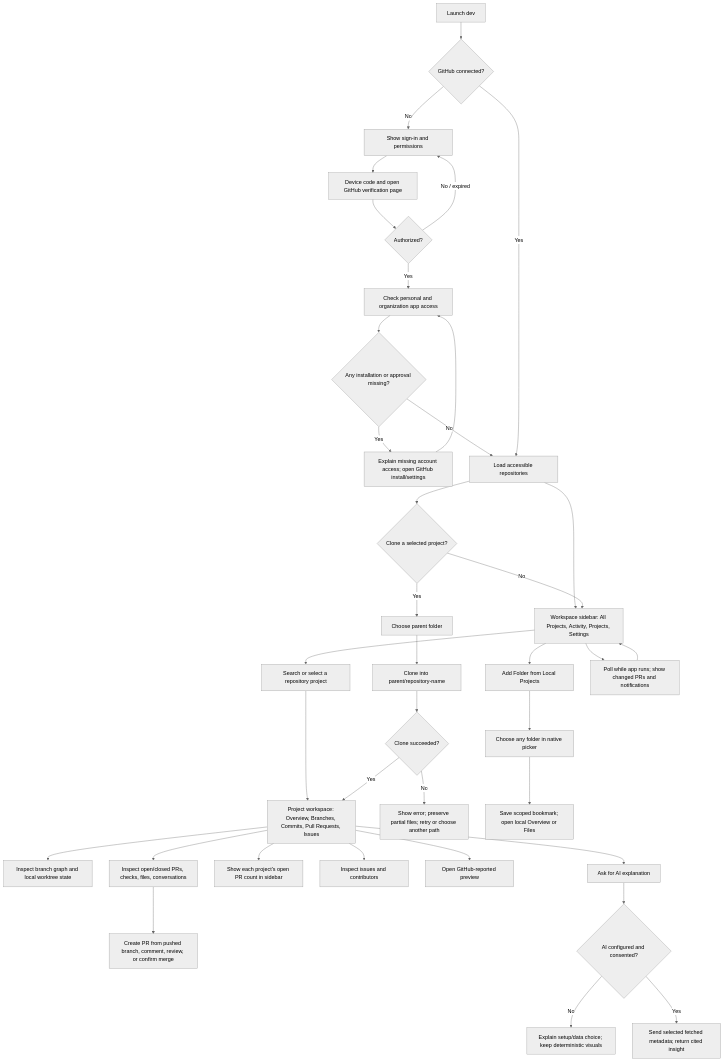
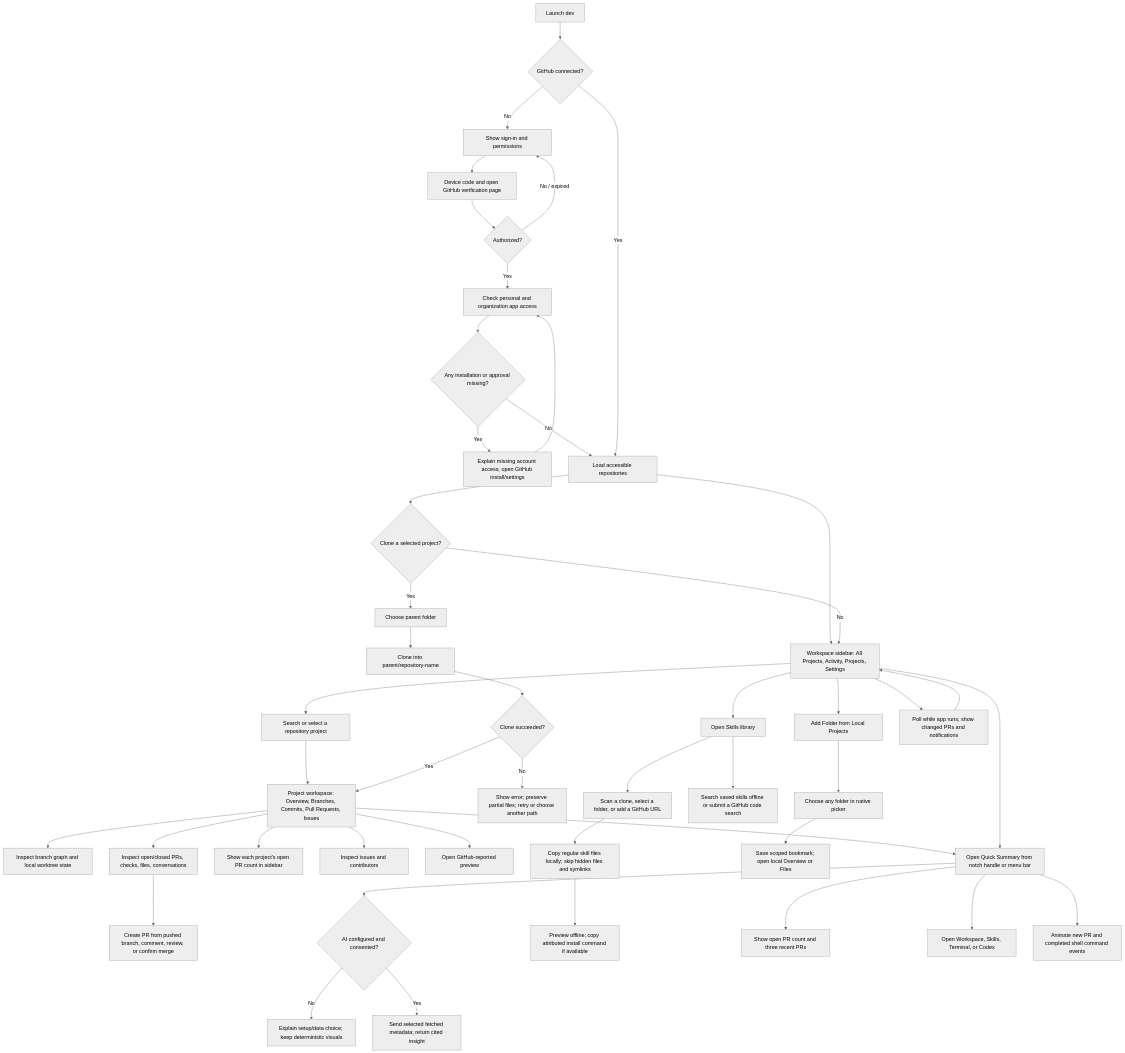
Before and after one commit to hiroqt/dev: the diagram in END_TO_END_FLOW.md, drawn with Mermaid (neutral theme). The commit also changed other lines of this file and 5 other files, not shown here.

First line of the commit message:
docs: specify skills and quick summary boundaries

````diff
--- a/END_TO_END_FLOW.md
+++ b/END_TO_END_FLOW.md
@@ -5,39 +5,48 @@
 ```mermaid
 flowchart TD
     A[Launch dev] --> B{GitHub connected?}
     B -- No --> C[Show sign-in and permissions]
     C --> D[Device code and open GitHub verification page]
     D --> E{Authorized?}
     E -- No / expired --> C
     E -- Yes --> F[Check personal and organization app access]
     F --> G{Any installation or approval missing?}
     G -- Yes --> H[Explain missing account access; open GitHub install/settings]
     H --> F
     G -- No --> I[Load accessible repositories]
     B -- Yes --> I
     I --> J[Workspace sidebar: All Projects, Activity, Projects, Settings]
     J --> K[Search or select a repository project]
     K --> L[Project workspace: Overview, Branches, Commits, Pull Requests, Issues]
     L --> M[Inspect branch graph and local worktree state]
     L --> N[Inspect open/closed PRs, checks, files, conversations]
     N --> N1[Create PR from pushed branch, comment, review, or confirm merge]
     L --> N2[Show each project's open PR count in sidebar]
     L --> O[Inspect issues and contributors]
     L --> P[Open GitHub-reported preview]
     L --> Q[Ask for AI explanation]
     Q --> R{AI configured and consented?}
     R -- No --> S[Explain setup/data choice; keep deterministic visuals]
     R -- Yes --> T[Send selected fetched metadata; return cited insight]
     I --> U{Clone a selected project?}
     U -- Yes --> V[Choose parent folder]
     V --> W[Clone into parent/repository-name]
     W --> X{Clone succeeded?}
     X -- No --> Y[Show error; preserve partial files; retry or choose another path]
     X -- Yes --> L
     U -- No --> J
     J --> L1[Add Folder from Local Projects]
     L1 --> L2[Choose any folder in native picker]
     L2 --> L3[Save scoped bookmark; open local Overview or Files]
+    J --> S1[Open Skills library]
+    S1 --> S2[Search saved skills offline or submit a GitHub code search]
+    S1 --> S3[Scan a clone, select a folder, or add a GitHub URL]
+    S3 --> S4[Copy regular skill files locally; skip hidden files and symlinks]
+    S4 --> S5[Preview offline; copy attributed install command if available]
     J --> Z[Poll while app runs; show changed PRs and notifications]
     Z --> J
+    J --> Q[Open Quick Summary from notch handle or menu bar]
+    Q --> Q1[Show open PR count and three recent PRs]
+    Q --> Q2[Open Workspace, Skills, Terminal, or Codex]
+    Q --> Q3[Animate new PR and completed shell command events]
 ```
````
